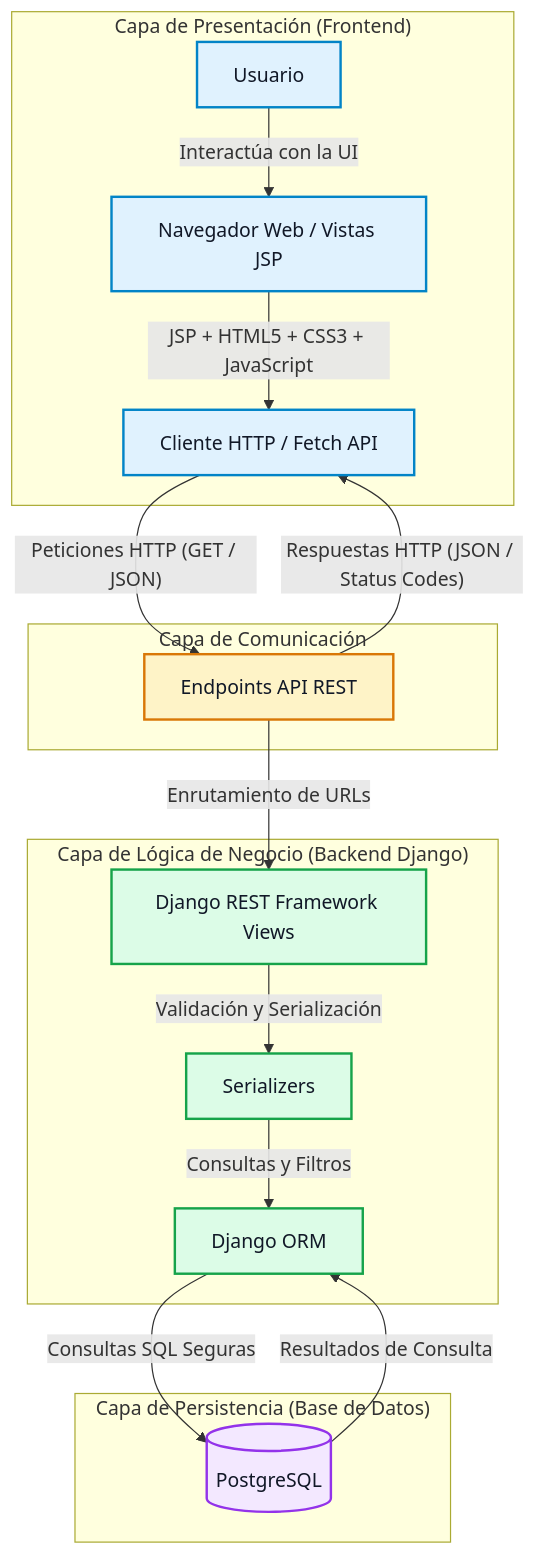
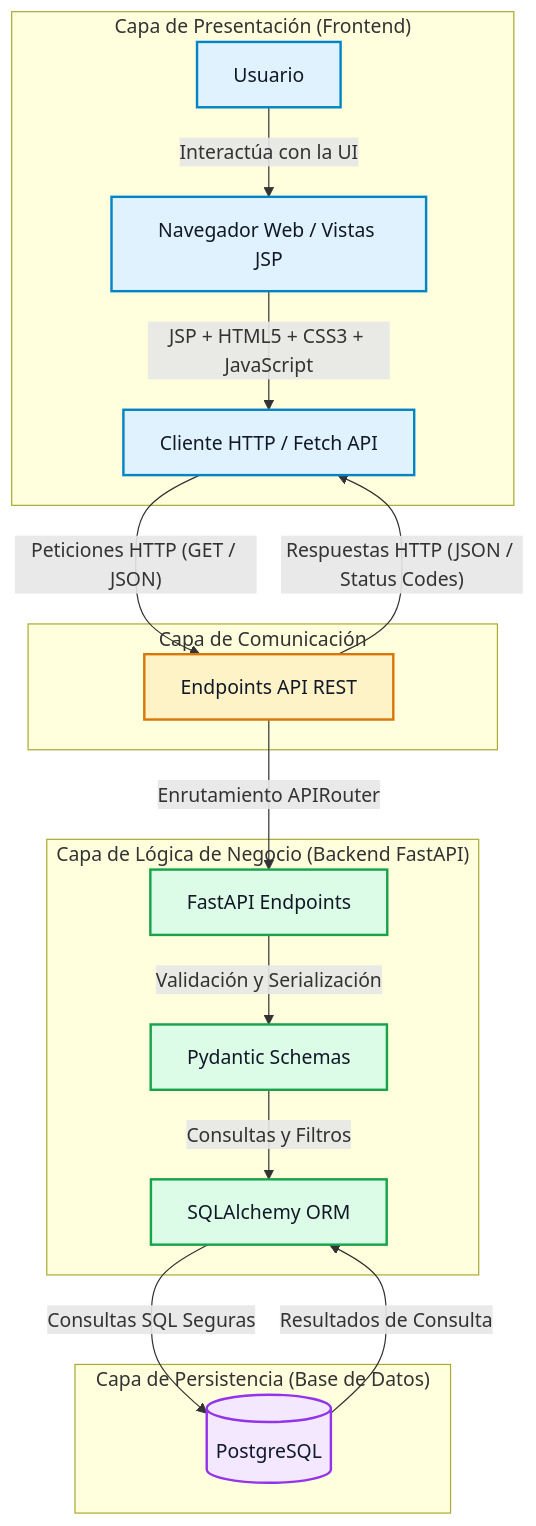
The first of 3 diagrams in docs/arquitectura/especificacion-tecnica.md (Darksam03/RuralConecta-ProyectoWeb), drawn with Mermaid before and after one commit. The commit also changed other lines of this file and 5 other files, not shown here.

````diff
--- a/docs/arquitectura/especificacion-tecnica.md
+++ b/docs/arquitectura/especificacion-tecnica.md
@@ -134,33 +134,33 @@
 ```mermaid
 graph TD
     subgraph "Capa de Presentación (Frontend)"
         A["Usuario"] -->|"Interactúa con la UI"| B["Navegador Web / Vistas JSP"]
         B -->|"JSP + HTML5 + CSS3 + JavaScript"| C["Cliente HTTP / Fetch API"]
     end
 
     subgraph "Capa de Comunicación"
         C -->|"Peticiones HTTP (GET / JSON)"| D["Endpoints API REST"]
         D -->|"Respuestas HTTP (JSON / Status Codes)"| C
     end
 
-    subgraph "Capa de Lógica de Negocio (Backend Django)"
-        D -->|"Enrutamiento de URLs"| E["Django REST Framework Views"]
-        E -->|"Validación y Serialización"| F["Serializers"]
-        F -->|"Consultas y Filtros"| G["Django ORM"]
+    subgraph "Capa de Lógica de Negocio (Backend FastAPI)"
+        D -->|"Enrutamiento APIRouter"| E["FastAPI Endpoints"]
+        E -->|"Validación y Serialización"| F["Pydantic Schemas"]
+        F -->|"Consultas y Filtros"| G["SQLAlchemy ORM"]
     end
 
     subgraph "Capa de Persistencia (Base de Datos)"
         G -->|"Consultas SQL Seguras"| H[("PostgreSQL")]
         H -->|"Resultados de Consulta"| G
     end
 
     classDef client fill:#e0f2fe,stroke:#0284c7,stroke-width:2px,color:#111827;
     classDef comm fill:#fef3c7,stroke:#d97706,stroke-width:2px,color:#111827;
     classDef server fill:#dcfce7,stroke:#16a34a,stroke-width:2px,color:#111827;
     classDef db fill:#f3e8ff,stroke:#9333ea,stroke-width:2px,color:#111827;
 
     class A,B,C client;
     class D comm;
     class E,F,G server;
     class H db;
 ```
````
